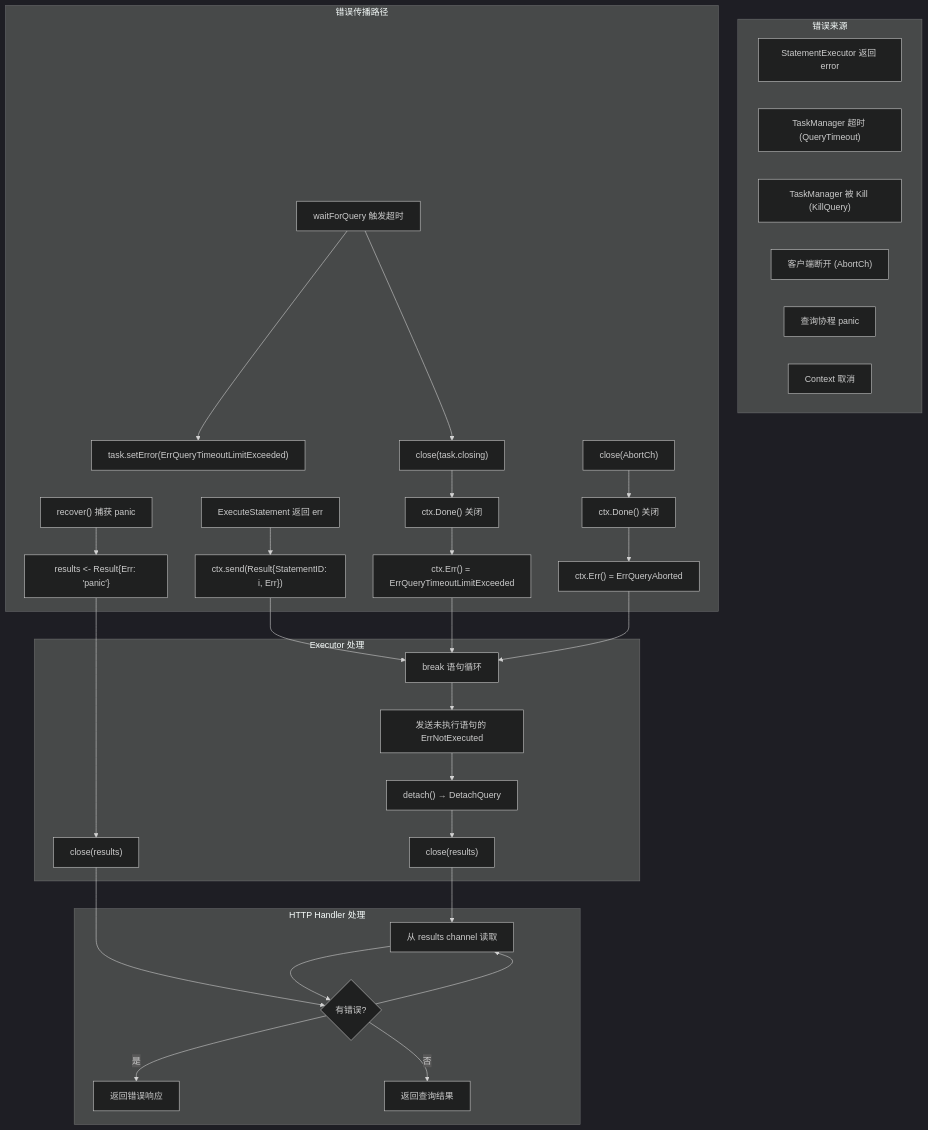
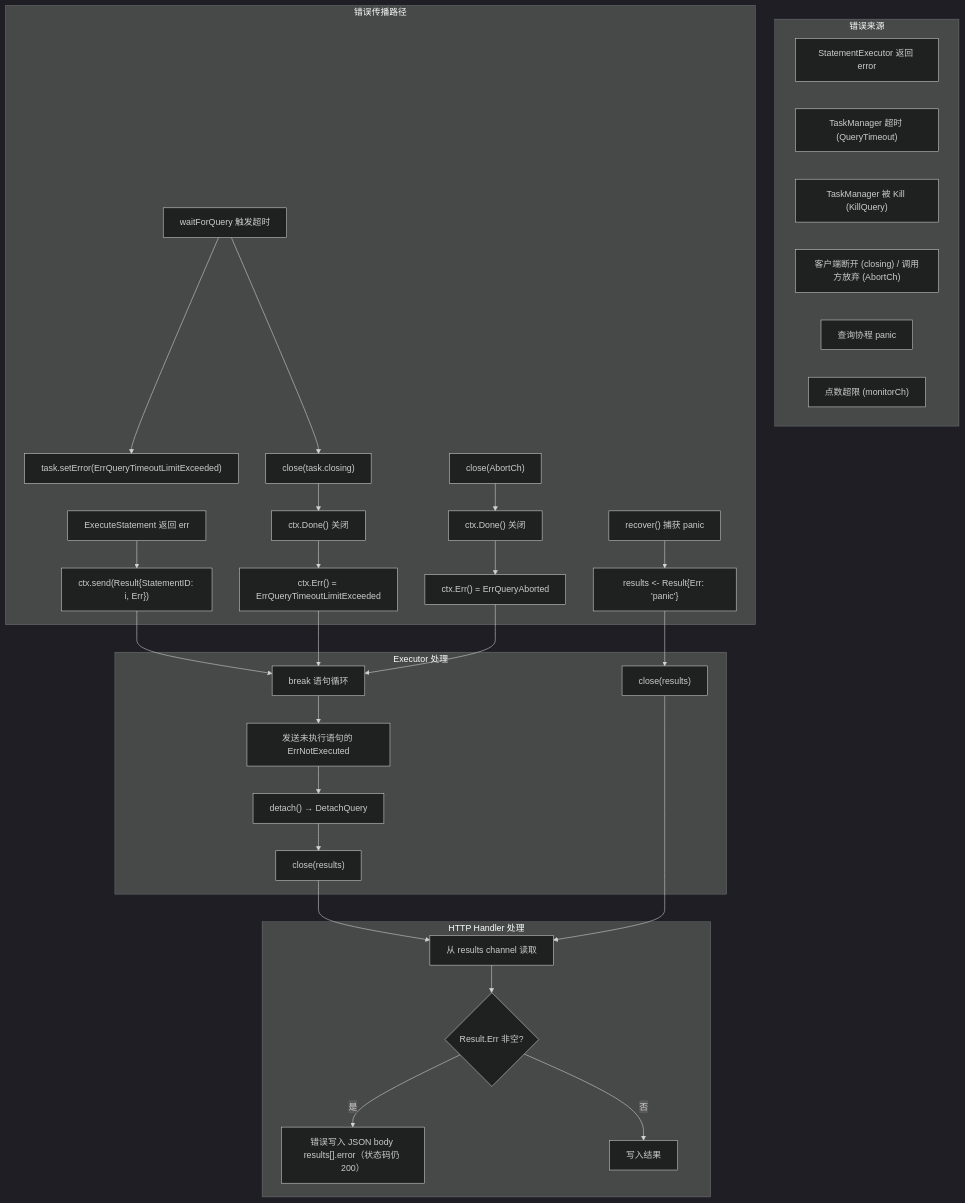
One commit to stefanv5/influxdb changed diagram 15 of 15 in docs/specs/11_influxql_execution_spec.md. Above: the diagram before and after it, drawn with Mermaid (dark theme). The commit also changed other lines of this file and 16 other files, not shown here.

First line of the commit message:
docs: correct and deepen the 17 architecture specs

````diff
--- a/docs/specs/11_influxql_execution_spec.md
+++ b/docs/specs/11_influxql_execution_spec.md
@@ -2052,44 +2465,43 @@
 ```mermaid
 flowchart TD
     subgraph "错误来源"
         A1["StatementExecutor 返回 error"]
         A2["TaskManager 超时 (QueryTimeout)"]
         A3["TaskManager 被 Kill (KillQuery)"]
-        A4["客户端断开 (AbortCh)"]
+        A4["客户端断开 (closing) / 调用方放弃 (AbortCh)"]
         A5["查询协程 panic"]
-        A6["Context 取消"]
+        A6["点数超限 (monitorCh)"]
     end
 
     subgraph "错误传播路径"
         B1["ExecuteStatement 返回 err"] --> B2["ctx.send(Result{StatementID: i, Err})"]
         B3["waitForQuery 触发超时"] --> B4["task.setError(ErrQueryTimeoutLimitExceeded)"]
         B3 --> B5["close(task.closing)"]
         B5 --> B6["ctx.Done() 关闭"]
         B6 --> B7["ctx.Err() = ErrQueryTimeoutLimitExceeded"]
 
         C1["close(AbortCh)"] --> C2["ctx.Done() 关闭"]
         C2 --> C3["ctx.Err() = ErrQueryAborted"]
 
         D1["recover() 捕获 panic"] --> D2["results <- Result{Err: 'panic'}"]
     end
 
     subgraph "Executor 处理"
         B2 --> E1["break 语句循环"]
         B7 --> E1
         C3 --> E1
         D2 --> E2["close(results)"]
 
         E1 --> E3["发送未执行语句的 ErrNotExecuted"]
         E3 --> E4["detach() → DetachQuery"]
         E4 --> E5["close(results)"]
     end
 
     subgraph "HTTP Handler 处理"
         E5 --> F1["从 results channel 读取"]
-        F2 --> F1
-        E2 --> F2
-        F1 --> F2{"有错误?"}
-        F2 -->|"是"| F3["返回错误响应"]
-        F2 -->|"否"| F4["返回查询结果"]
+        E2 --> F1
+        F1 --> F2{"Result.Err 非空?"}
+        F2 -->|"是"| F3["错误写入 JSON body results[].error（状态码仍 200）"]
+        F2 -->|"否"| F4["写入结果"]
     end
 ```
````
